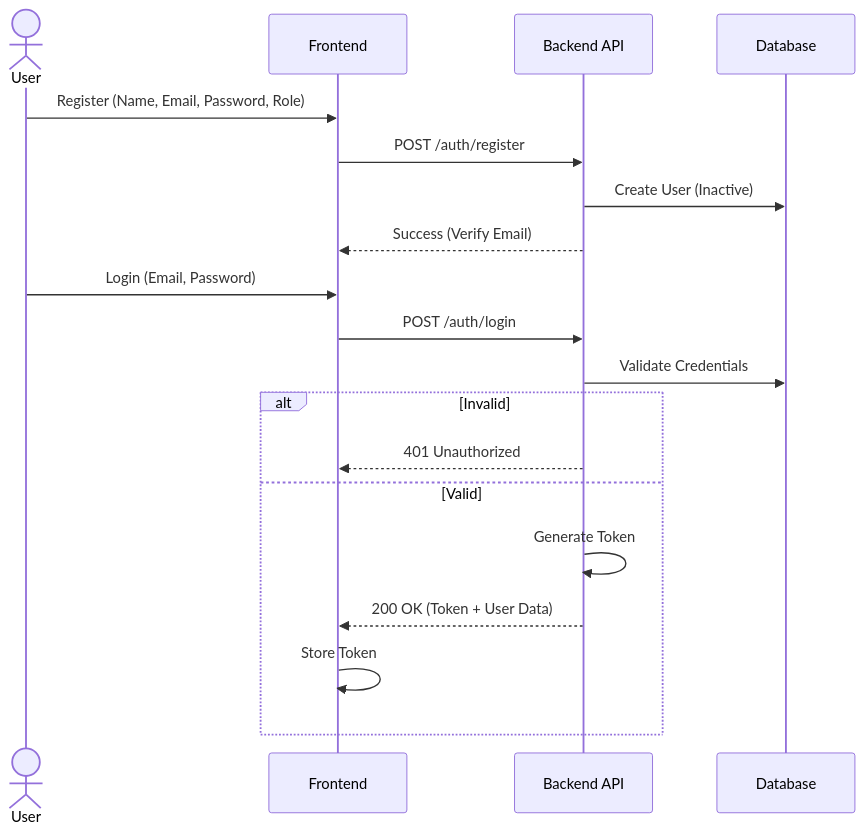
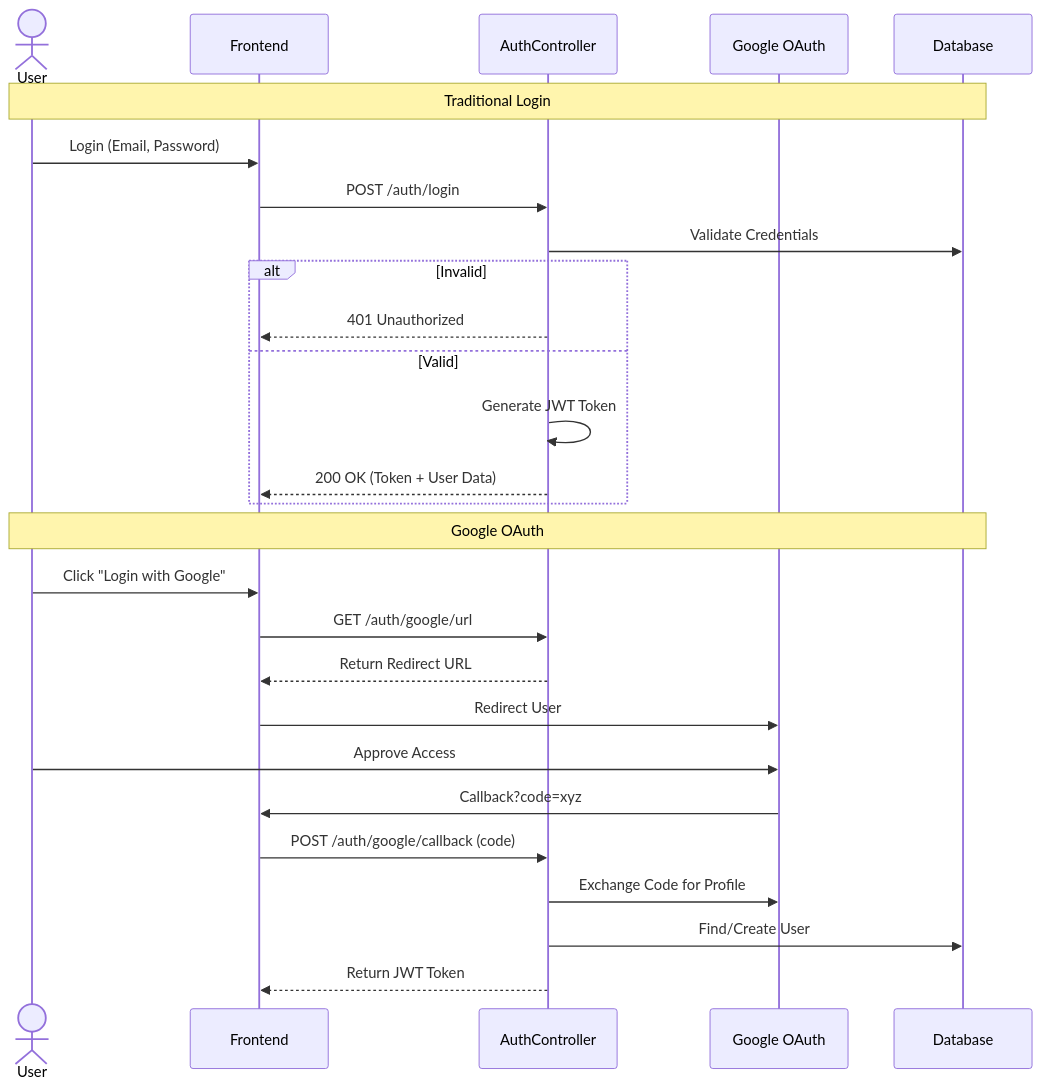
The first of 8 diagrams in APP_FLOWS.md (23081010076-oss/backend), drawn with Mermaid before and after one commit. The commit also changed other lines of this file, not shown here.

Commit message:
docs: Expand application flows documentation by adding new sections for portfolio, course management, articles, and corporate services, and enhancing details of existing flows.

````diff
--- a/APP_FLOWS.md
+++ b/APP_FLOWS.md
@@ -8,24 +22,32 @@
 ```mermaid
 sequenceDiagram
     actor User
     participant FE as Frontend
-    participant API as Backend API
+    participant Auth as AuthController
+    participant Google as Google OAuth
     participant DB as Database
 
-    User->>FE: Register (Name, Email, Password, Role)
-    FE->>API: POST /auth/register
-    API->>DB: Create User (Inactive)
-    API-->>FE: Success (Verify Email)
-    
+    Note over User, DB: Traditional Login
     User->>FE: Login (Email, Password)
-    FE->>API: POST /auth/login
-    API->>DB: Validate Credentials
+    FE->>Auth: POST /auth/login
+    Auth->>DB: Validate Credentials
     
     alt Invalid
-        API-->>FE: 401 Unauthorized
+        Auth-->>FE: 401 Unauthorized
     else Valid
-        API->>API: Generate Token
-        API-->>FE: 200 OK (Token + User Data)
-        FE->>FE: Store Token
+        Auth->>Auth: Generate JWT Token
+        Auth-->>FE: 200 OK (Token + User Data)
     end
+
+    Note over User, DB: Google OAuth
+    User->>FE: Click "Login with Google"
+    FE->>Auth: GET /auth/google/url
+    Auth-->>FE: Return Redirect URL
+    FE->>Google: Redirect User
+    User->>Google: Approve Access
+    Google->>FE: Callback?code=xyz
+    FE->>Auth: POST /auth/google/callback (code)
+    Auth->>Google: Exchange Code for Profile
+    Auth->>DB: Find/Create User
+    Auth-->>FE: Return JWT Token
 ```
````
